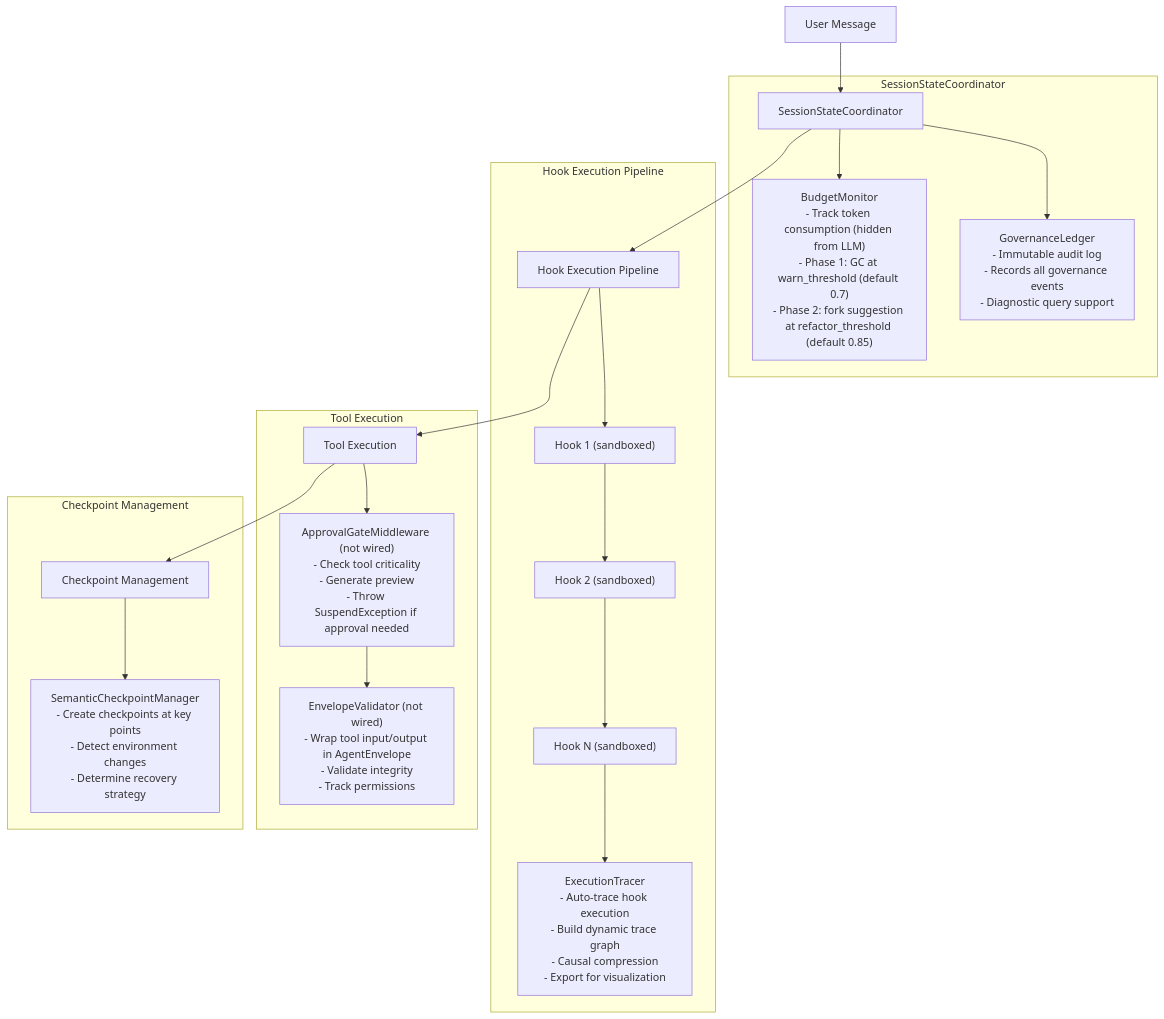
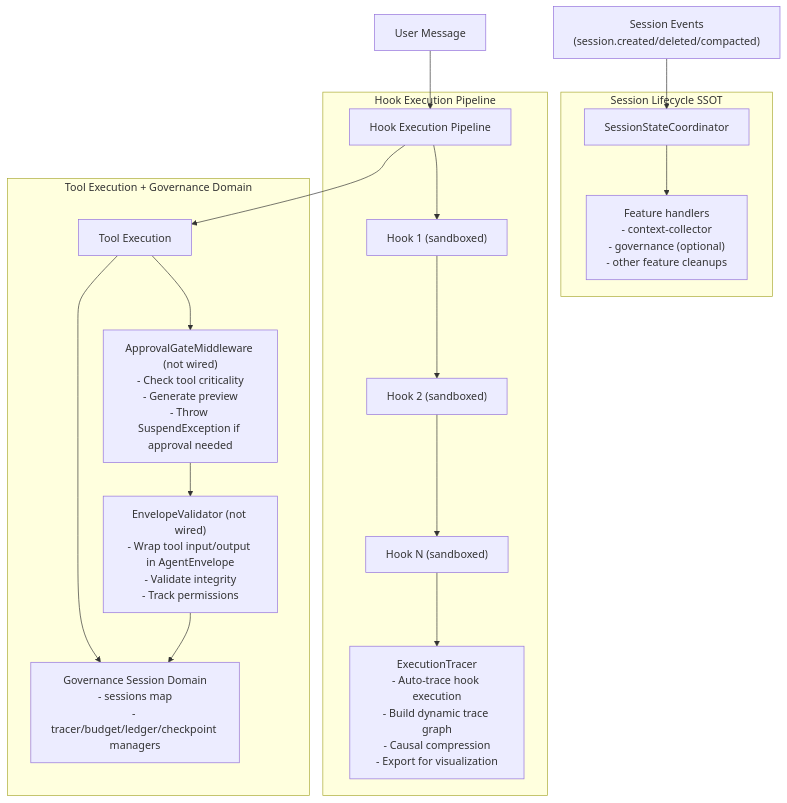
One commit to arcthur/oh-my-opencode changed the second of 2 diagrams in docs/research/governance-orchestration-design.md. Above: the diagram before and after it, drawn with Mermaid. The commit also changed other lines of this file and 23 other files, not shown here.

````diff
--- a/docs/research/governance-orchestration-design.md
+++ b/docs/research/governance-orchestration-design.md
@@ -276,38 +276,31 @@
 ```mermaid
 flowchart TD
-  U["User Message"] --> SSC
-  SSC --> HEP
+  EVT["Session Events\n(session.created/deleted/compacted)"] --> SSC
+  MSG["User Message"] --> HEP
   HEP --> TE
-  TE --> CM
+  TE --> GOV
 
-  subgraph "SessionStateCoordinator"
+  subgraph "Session Lifecycle SSOT"
     SSC["SessionStateCoordinator"]
-    BM["BudgetMonitor\n- Track token consumption (hidden from LLM)\n- Phase 1: GC at warn_threshold (default 0.7)\n- Phase 2: fork suggestion at refactor_threshold (default 0.85)"]
-    GL["GovernanceLedger\n- Immutable audit log\n- Records all governance events\n- Diagnostic query support"]
-    SSC --> BM
-    SSC --> GL
+    FC["Feature handlers\n- context-collector\n- governance (optional)\n- other feature cleanups"]
+    SSC --> FC
   end
 
   subgraph "Hook Execution Pipeline"
     HEP["Hook Execution Pipeline"]
     H1["Hook 1 (sandboxed)"]
     H2["Hook 2 (sandboxed)"]
     HN["Hook N (sandboxed)"]
     ET["ExecutionTracer\n- Auto-trace hook execution\n- Build dynamic trace graph\n- Causal compression\n- Export for visualization"]
     HEP --> H1 --> H2 --> HN
     HN --> ET
   end
 
-  subgraph "Tool Execution"
+  subgraph "Tool Execution + Governance Domain"
     TE["Tool Execution"]
+    GOV["Governance Session Domain\n- sessions map\n- tracer/budget/ledger/checkpoint managers"]
     AGM["ApprovalGateMiddleware (not wired)\n- Check tool criticality\n- Generate preview\n- Throw SuspendException if approval needed"]
     EV["EnvelopeValidator (not wired)\n- Wrap tool input/output in AgentEnvelope\n- Validate integrity\n- Track permissions"]
-    TE --> AGM --> EV
-  end
-
-  subgraph "Checkpoint Management"
-    CM["Checkpoint Management"]
-    SCM["SemanticCheckpointManager\n- Create checkpoints at key points\n- Detect environment changes\n- Determine recovery strategy"]
-    CM --> SCM
+    TE --> AGM --> EV --> GOV
   end
 ```
````
